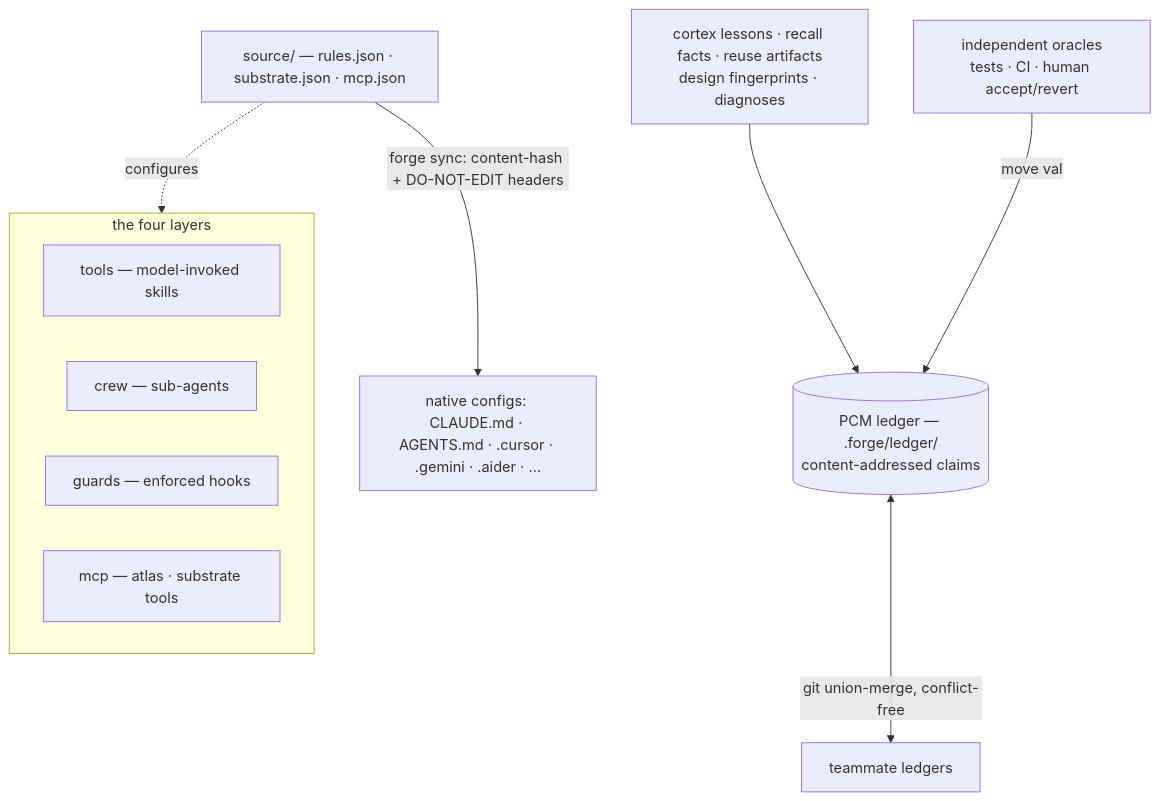
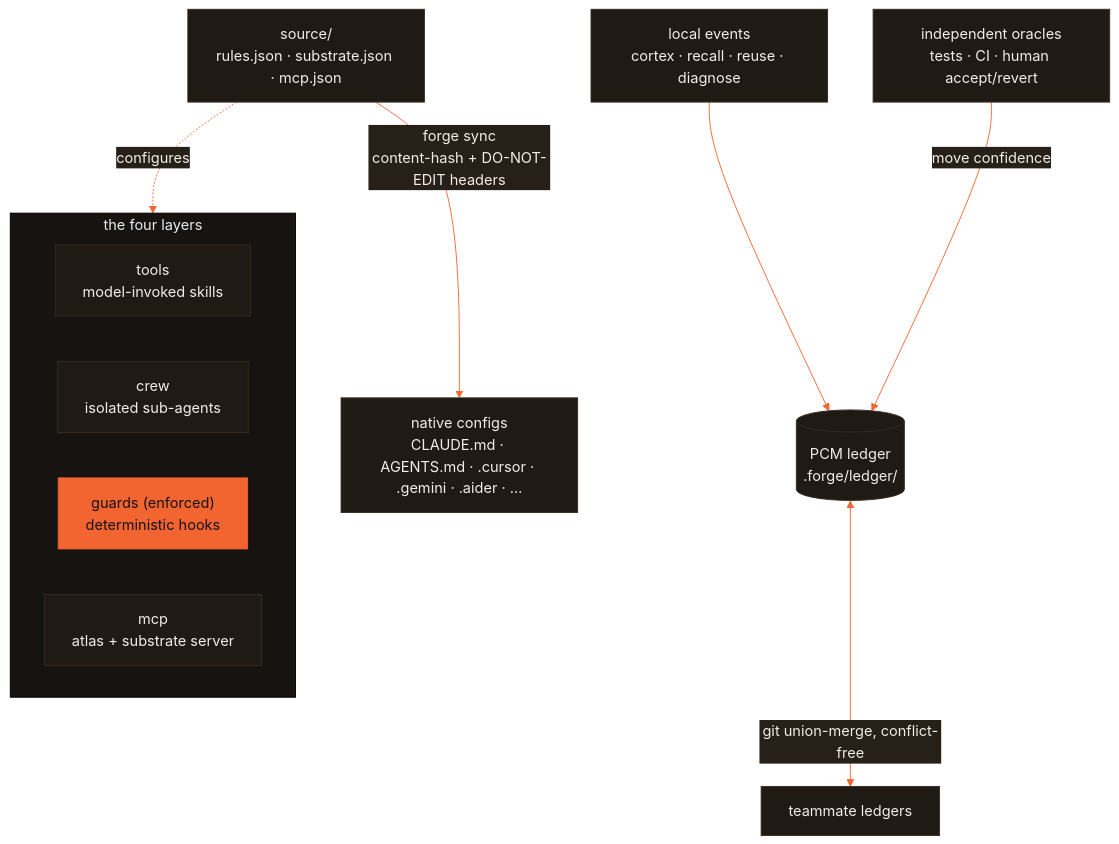
The first of 4 diagrams in ARCHITECTURE.md (CodeWithJuber/forgekit), drawn with Mermaid before and after one commit. The commit also changed other lines of this file and 14 other files, not shown here.

````diff
--- a/ARCHITECTURE.md
+++ b/ARCHITECTURE.md
@@ -45,14 +43,18 @@
 ```mermaid
+%%{init: {'theme':'base','themeVariables':{'primaryColor':'#201a15','primaryTextColor':'#f2ede7','primaryBorderColor':'#372c22','lineColor':'#f26430','secondaryColor':'#272019','tertiaryColor':'#171310','fontFamily':'ui-sans-serif, system-ui, sans-serif'}}}%%
 flowchart TD
-    S["source/ — rules.json · substrate.json · mcp.json"] -->|"forge sync: content-hash + DO-NOT-EDIT headers"| N["native configs: CLAUDE.md · AGENTS.md · .cursor · .gemini · .aider · …"]
-    subgraph L4["the four layers"]
-        T["tools — model-invoked skills"]
-        C["crew — sub-agents"]
-        G["guards — enforced hooks"]
-        M["mcp — atlas · substrate tools"]
+    S["source/<br/>rules.json · substrate.json · mcp.json"] -->|"forge sync<br/>content-hash + DO-NOT-EDIT headers"| N["native configs<br/>CLAUDE.md · AGENTS.md · .cursor · .gemini · .aider · …"]
+    S -. configures .-> L
+    subgraph L["the four layers"]
+        direction LR
+        T["tools<br/>model-invoked skills"]
+        C["crew<br/>isolated sub-agents"]
+        G["guards (enforced)<br/>deterministic hooks"]
+        M["mcp<br/>atlas + substrate server"]
     end
-    S -. configures .-> L4
-    K["cortex lessons · recall facts · reuse artifacts<br/>design fingerprints · diagnoses"] --> LG[("PCM ledger — .forge/ledger/<br/>content-addressed claims")]
-    O["independent oracles<br/>tests · CI · human accept/revert"] -->|"move val"| LG
+    K["local events<br/>cortex · recall · reuse · diagnose"] --> LG[("PCM ledger<br/>.forge/ledger/")]
+    O["independent oracles<br/>tests · CI · human accept/revert"] -->|"move confidence"| LG
     LG <-->|"git union-merge, conflict-free"| TM["teammate ledgers"]
+    classDef accent fill:#f26430,stroke:#f26430,color:#171310;
+    class G accent;
 ```
````
